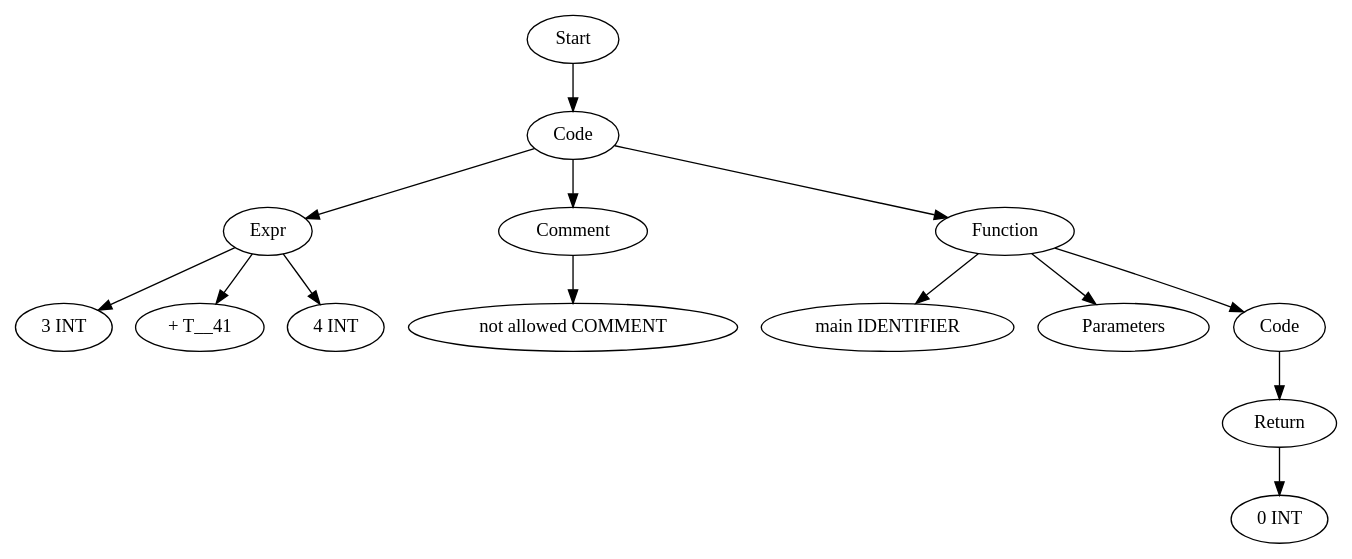
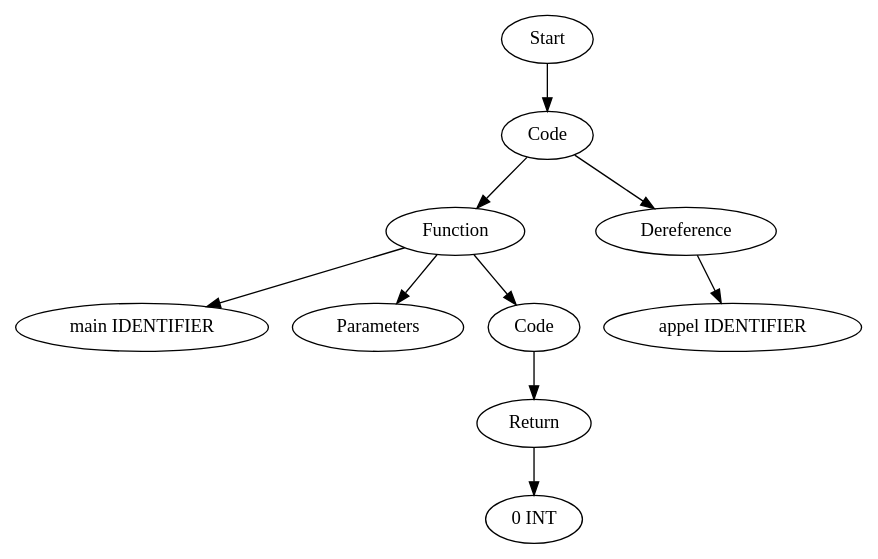
The diagram in TestCases/ASTTests/ConstraintsTests/createTests/read_file_before.dot (Are-you-listening/Compilers), drawn with Graphviz before and after one commit. The commit also changed 280 other files, not shown here.

```diff
--- a/TestCases/ASTTests/ConstraintsTests/createTests/read_file_before.dot
+++ b/TestCases/ASTTests/ConstraintsTests/createTests/read_file_before.dot
@@ -1,29 +1,21 @@
 digraph AST {
-  "133971985536336" [label="Start"];
-  "133971985536336" -> "133971985545312";
-  "133971985545312" [label="Code"];
-  "133971985545312" -> "133971985542192";
-  "133971985545312" -> "133971985542912";
-  "133971985545312" -> "133971985536096";
-  "133971985542192" [label="Expr"];
-  "133971985542192" -> "133971985544592";
-  "133971985542192" -> "133971985538736";
-  "133971985542192" -> "133971985534512";
-  "133971985544592" [label="3 INT"];
-  "133971985538736" [label="+ T__41"];
-  "133971985534512" [label="4 INT"];
-  "133971985542912" [label="Comment"];
-  "133971985542912" -> "133971988250496";
-  "133971988250496" [label=" not allowed COMMENT"];
-  "133971985536096" [label="Function"];
-  "133971985536096" -> "133971987128848";
-  "133971985536096" -> "133971985545120";
-  "133971985536096" -> "133971985532496";
-  "133971987128848" [label="main IDENTIFIER"];
-  "133971985545120" [label="Parameters"];
-  "133971985532496" [label="Code"];
-  "133971985532496" -> "133971985538160";
-  "133971985538160" [label="Return"];
-  "133971985538160" -> "133971985541664";
-  "133971985541664" [label="0 INT"];
+  "124205729468416" [label="Start"];
+  "124205729468416" -> "124205729478688";
+  "124205729478688" [label="Code"];
+  "124205729478688" -> "124205729472400";
+  "124205729478688" -> "124205729651232";
+  "124205729472400" [label="Function"];
+  "124205729472400" -> "124205729650944";
+  "124205729472400" -> "124205729645856";
+  "124205729472400" -> "124205729648688";
+  "124205729650944" [label="main IDENTIFIER"];
+  "124205729645856" [label="Parameters"];
+  "124205729648688" [label="Code"];
+  "124205729648688" -> "124205729651280";
+  "124205729651280" [label="Return"];
+  "124205729651280" -> "124205729650848";
+  "124205729650848" [label="0 INT"];
+  "124205729651232" [label="Dereference"];
+  "124205729651232" -> "124205729646768";
+  "124205729646768" [label="appel IDENTIFIER"];
 }
```
